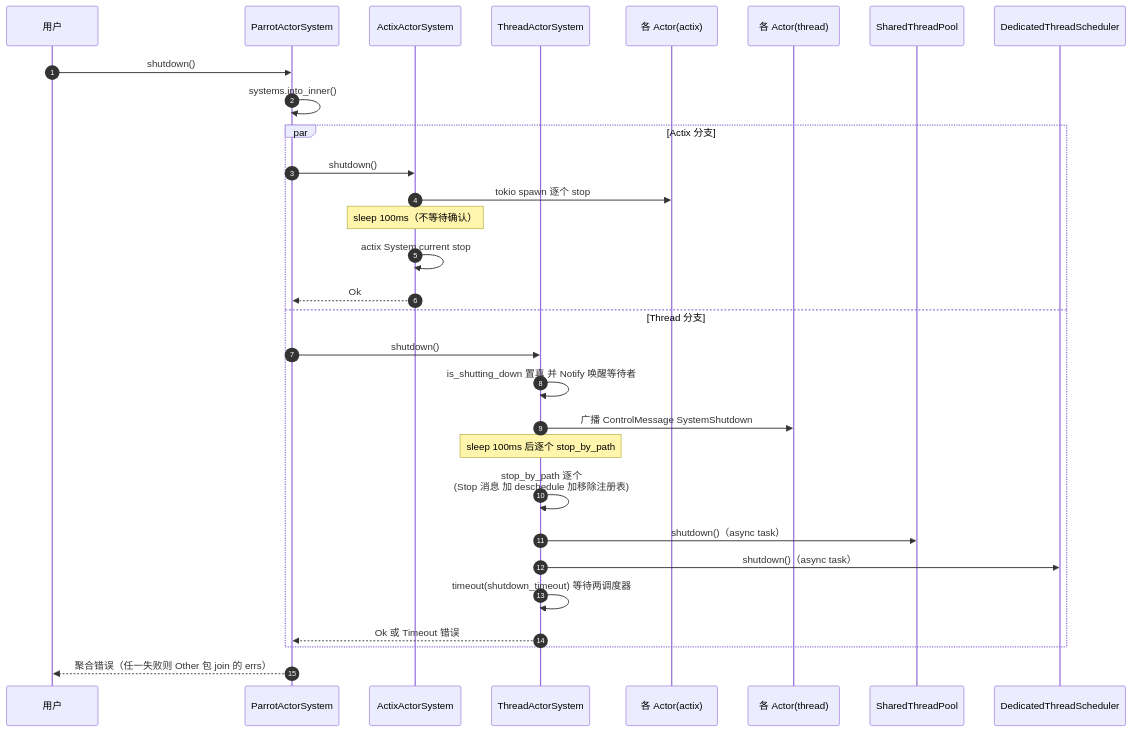
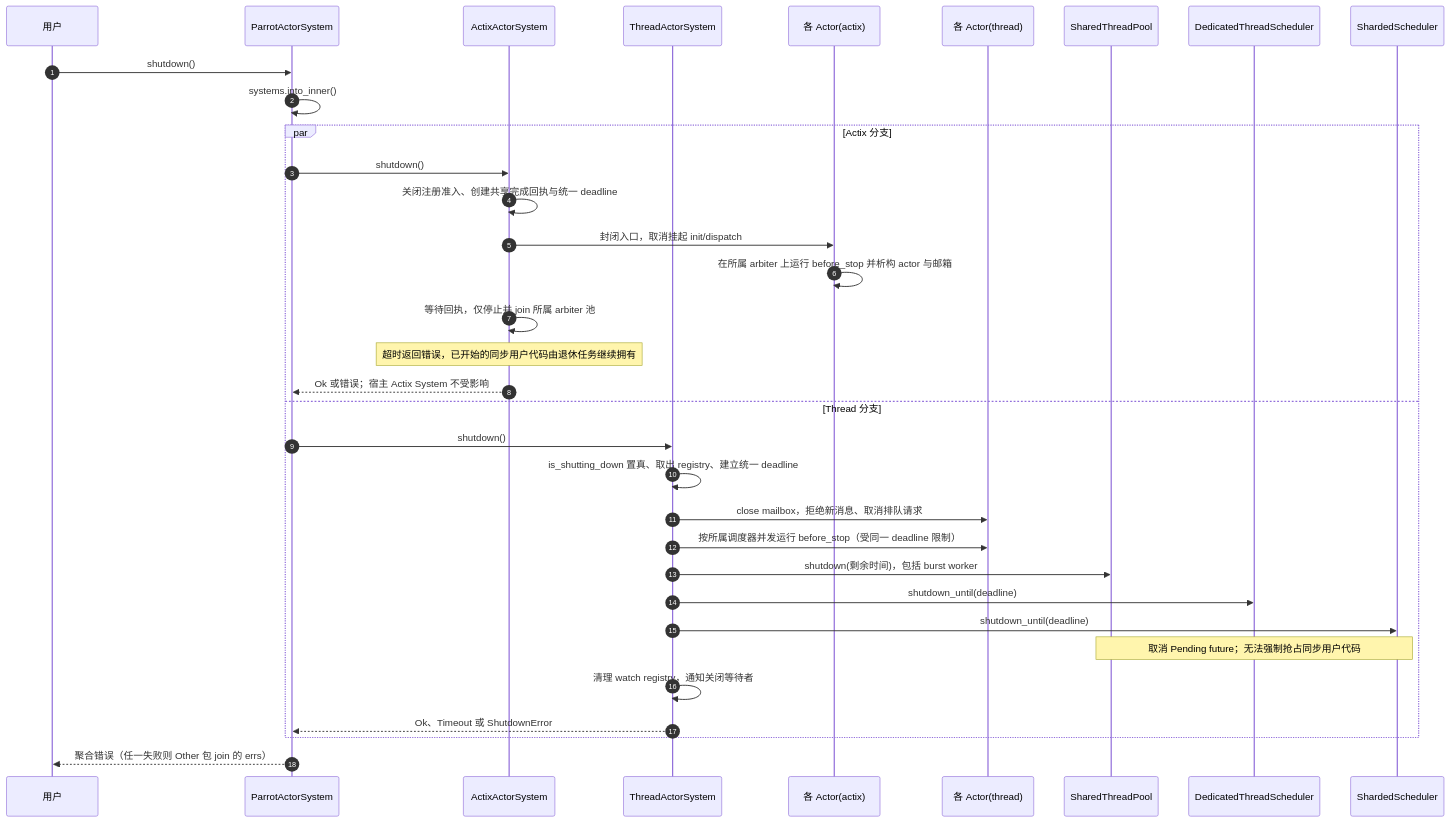
Before and after one commit to zshuo336/parrot: diagram 13 of 13 in docs/TECH_DESIGN_02_核心机制与详细设计.md, drawn with Mermaid. The commit also changed other lines of this file and 75 other files, not shown here.

Commit message:
Enhance Actix integration with context task management and lifecycle controls. Added max context tasks configuration, improved actor lifecycle handling, and refined message delivery mechanisms. Updated example configuration to reflect new context task limits.

````diff
--- a/docs/TECH_DESIGN_02_核心机制与详细设计.md
+++ b/docs/TECH_DESIGN_02_核心机制与详细设计.md
@@ -1025,35 +1021,39 @@
 ```mermaid
 sequenceDiagram
     autonumber
     participant U as 用户
     participant P as ParrotActorSystem
     participant A as ActixActorSystem
     participant T as ThreadActorSystem
     participant AC as 各 Actor(actix)
     participant TC as 各 Actor(thread)
     participant SS as SharedThreadPool
     participant DS as DedicatedThreadScheduler
+    participant SH as ShardedScheduler
 
     U->>P: shutdown()
     P->>P: systems.into_inner()
 
     par Actix 分支
         P->>A: shutdown()
-        A->>AC: tokio spawn 逐个 stop
-        Note over A: sleep 100ms（不等待确认）
-        A->>A: actix System current stop
-        A-->>P: Ok
+        A->>A: 关闭注册准入、创建共享完成回执与统一 deadline
+        A->>AC: 封闭入口，取消挂起 init/dispatch
+        AC->>AC: 在所属 arbiter 上运行 before_stop 并析构 actor 与邮箱
+        A->>A: 等待回执，仅停止并 join 所属 arbiter 池
+        Note over A: 超时返回错误，已开始的同步用户代码由退休任务继续拥有
+        A-->>P: Ok 或错误；宿主 Actix System 不受影响
     and Thread 分支
         P->>T: shutdown()
-        T->>T: is_shutting_down 置真 并 Notify 唤醒等待者
-        T->>TC: 广播 ControlMessage SystemShutdown
-        Note over T: sleep 100ms 后逐个 stop_by_path
-        T->>T: stop_by_path 逐个<br/>(Stop 消息 加 deschedule 加移除注册表)
-        T->>SS: shutdown()（async task）
-        T->>DS: shutdown()（async task）
-        T->>T: timeout(shutdown_timeout) 等待两调度器
-        T-->>P: Ok 或 Timeout 错误
+        T->>T: is_shutting_down 置真、取出 registry、建立统一 deadline
+        T->>TC: close mailbox，拒绝新消息、取消排队请求
+        T->>TC: 按所属调度器并发运行 before_stop（受同一 deadline 限制）
+        T->>SS: shutdown(剩余时间)，包括 burst worker
+        T->>DS: shutdown_until(deadline)
+        T->>SH: shutdown_until(deadline)
+        Note over SS,SH: 取消 Pending future；无法强制抢占同步用户代码
+        T->>T: 清理 watch registry，通知关闭等待者
+        T-->>P: Ok、Timeout 或 ShutdownError
     end
 
     P-->>U: 聚合错误（任一失败则 Other 包 join 的 errs）
 ```
````
